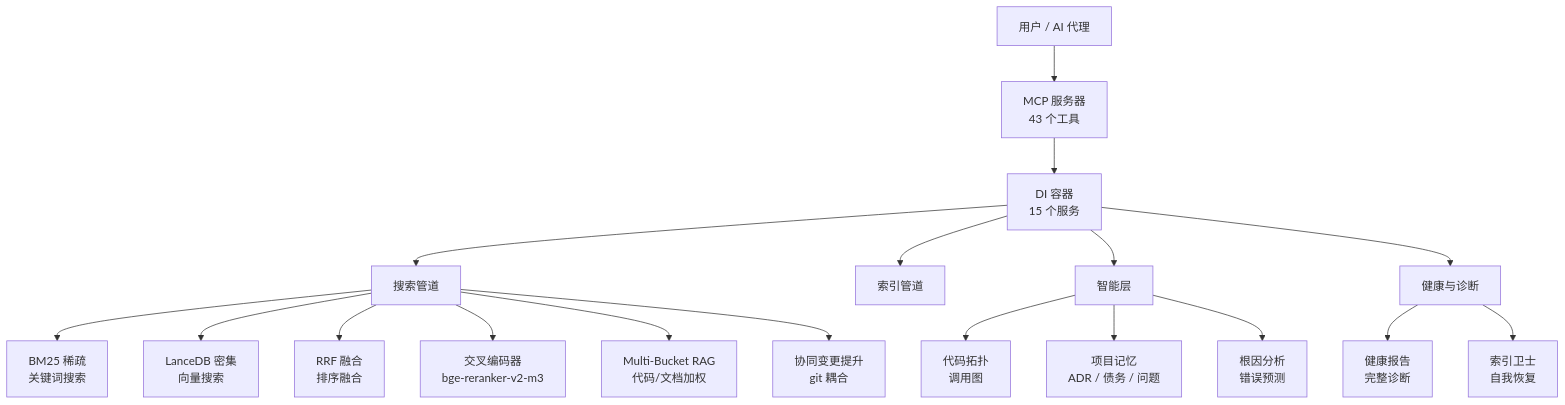
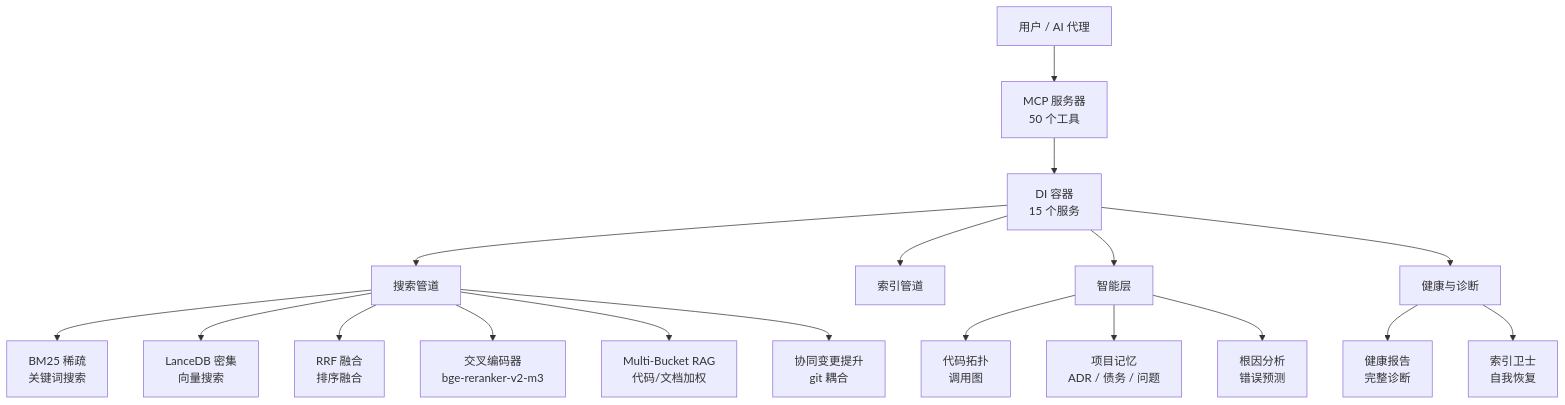
The first of 6 diagrams in docs/zh/ARCHITECTURE_DEEP.md (ManSio/mscodebase-intelligence), drawn with Mermaid before and after one commit. The commit also changed other lines of this file and 16 other files, not shown here.

````diff
--- a/docs/zh/ARCHITECTURE_DEEP.md
+++ b/docs/zh/ARCHITECTURE_DEEP.md
@@ -7,23 +7,23 @@
 ```mermaid
 flowchart TD
-    User[用户 / AI 代理] --> MCP[MCP 服务器\n43 个工具]
+    User[用户 / AI 代理] --> MCP[MCP 服务器\n50 个工具]
     MCP --> DI[DI 容器\n15 个服务]
     DI --> Search[搜索管道]
     DI --> Index[索引管道]
     DI --> Intel[智能层]
     DI --> Health[健康与诊断]
     
     Search --> BM25[BM25 稀疏\n关键词搜索]
     Search --> Dense[LanceDB 密集\n向量搜索]
     Search --> RRF[RRF 融合\n排序融合]
     Search --> Rerank[交叉编码器\nbge-reranker-v2-m3]
     Search --> Bucket[Multi-Bucket RAG\n代码/文档加权]
     Search --> CoChange[协同变更提升\ngit 耦合]
     
     Intel --> Topology[代码拓扑\n调用图]
     Intel --> Memory[项目记忆\nADR / 债务 / 问题]
     Intel --> RCA[根因分析\n错误预测]
     
     Health --> Report[健康报告\n完整诊断]
     Health --> Guard[索引卫士\n自我恢复]
 ```
````
